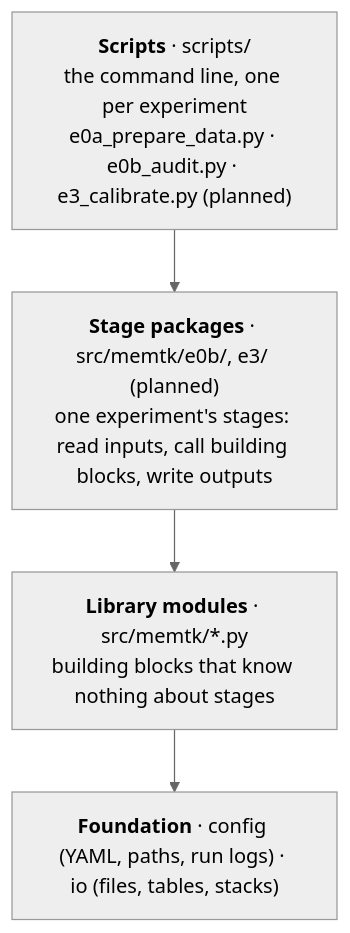
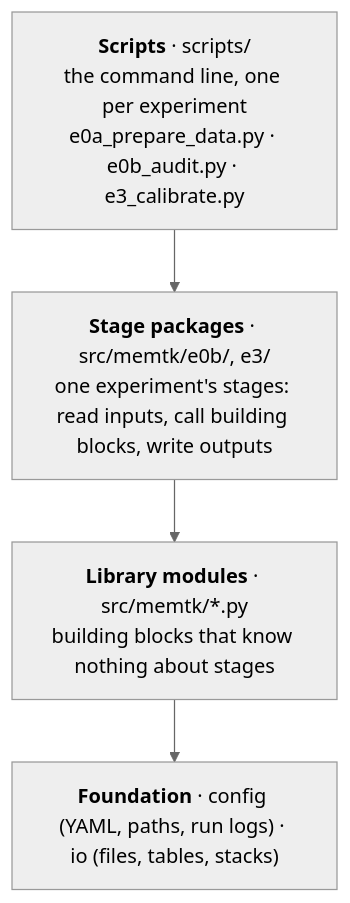
One commit to mattia3003/MT_project changed the second of 2 diagrams in docs/architecture.md. Above: the diagram before and after it, drawn with Mermaid (neutral theme). The commit also changed other lines of this file and 20 other files, not shown here.

````diff
--- a/docs/architecture.md
+++ b/docs/architecture.md
@@ -83,8 +83,8 @@
 ```mermaid
 flowchart TB
-    L1["<b>Scripts</b> · scripts/<br/>the command line, one per experiment<br/>e0a_prepare_data.py · e0b_audit.py · e3_calibrate.py (planned)"]
-    L2["<b>Stage packages</b> · src/memtk/e0b/, e3/ (planned)<br/>one experiment's stages: read inputs, call building blocks, write outputs"]
+    L1["<b>Scripts</b> · scripts/<br/>the command line, one per experiment<br/>e0a_prepare_data.py · e0b_audit.py · e3_calibrate.py"]
+    L2["<b>Stage packages</b> · src/memtk/e0b/, e3/<br/>one experiment's stages: read inputs, call building blocks, write outputs"]
     L3["<b>Library modules</b> · src/memtk/*.py<br/>building blocks that know nothing about stages"]
     L4["<b>Foundation</b> · config (YAML, paths, run logs) · io (files, tables, stacks)"]
     L1 --> L2 --> L3 --> L4
 ```
````
